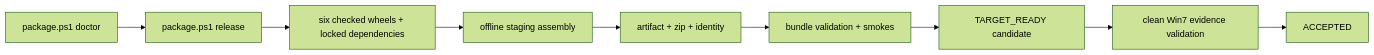
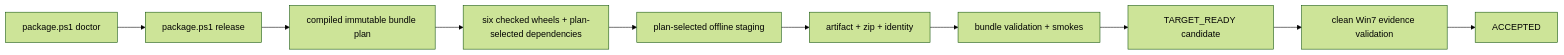
Before and after one commit to czh869452912/ccode-win7: the diagram in docs/product/packaging-and-deployment.md, drawn with Mermaid (forest theme). The commit also changed other lines of this file and 15 other files, not shown here.

````diff
--- a/docs/product/packaging-and-deployment.md
+++ b/docs/product/packaging-and-deployment.md
@@ -74,11 +87,12 @@
 ```mermaid
 flowchart LR
     D["package.ps1 doctor"] --> R["package.ps1 release"]
-    R --> W["six checked wheels + locked dependencies"]
-    W --> A["offline staging assembly"]
+    R --> P["compiled immutable bundle plan"]
+    P --> W["six checked wheels + plan-selected dependencies"]
+    W --> A["plan-selected offline staging"]
     A --> Z["artifact + zip + identity"]
     Z --> V["bundle validation + smokes"]
     V --> T["TARGET_READY candidate"]
     T --> E["clean Win7 evidence validation"]
     E --> C["ACCEPTED"]
 ```
````
